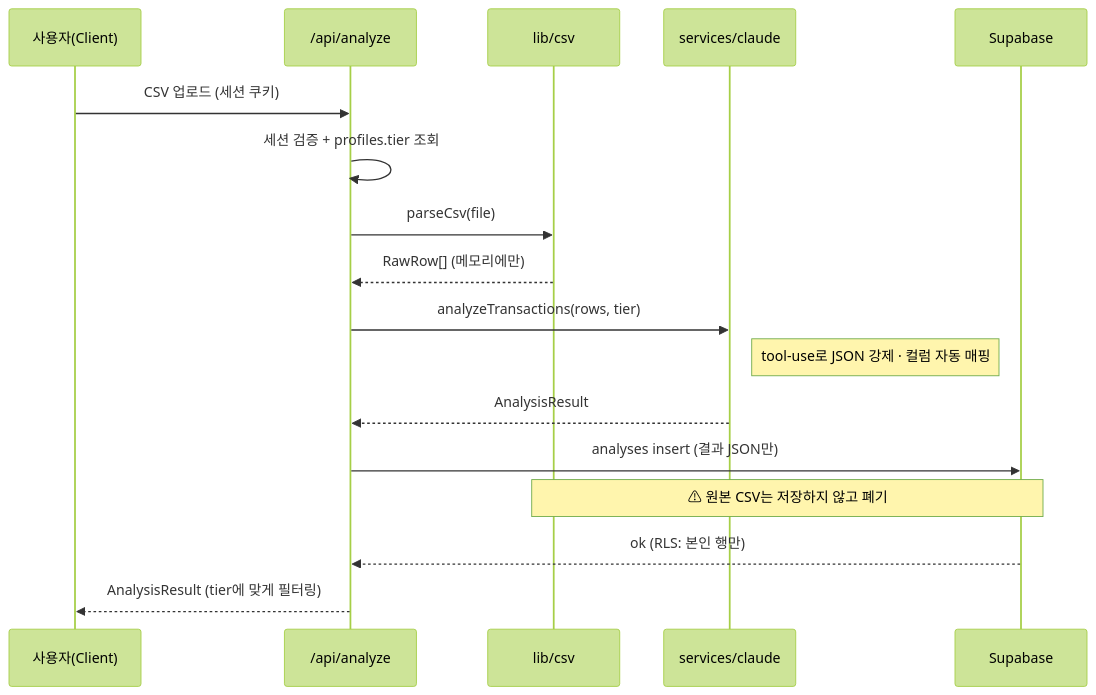
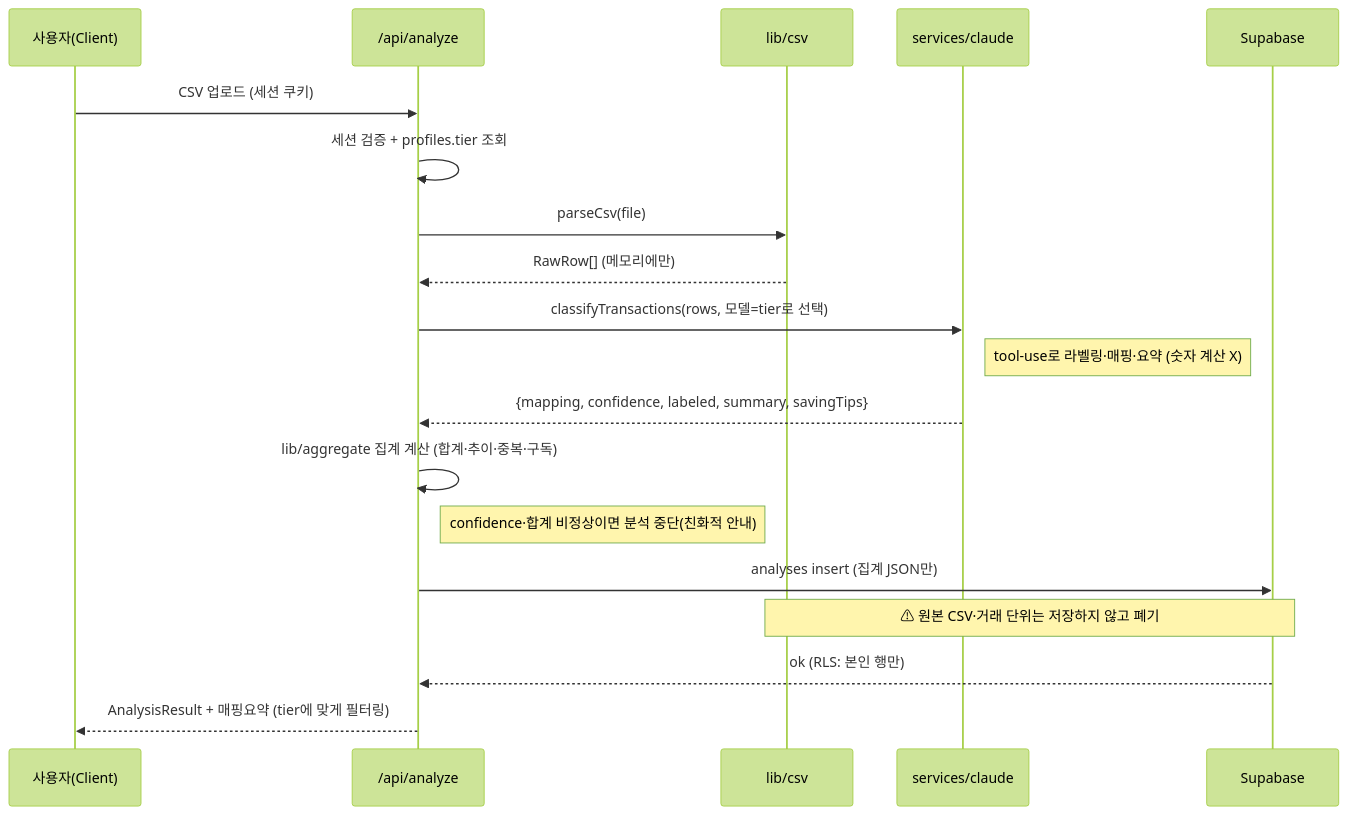
The second of 3 diagrams in docs/USER_FLOW.md (hhamja/finsight), drawn with Mermaid (forest theme) before and after one commit. The commit also changed other lines of this file and 13 other files, not shown here.

````diff
--- a/docs/USER_FLOW.md
+++ b/docs/USER_FLOW.md
@@ -38,20 +38,22 @@
 ```mermaid
 sequenceDiagram
     participant U as 사용자(Client)
     participant API as /api/analyze
     participant CSV as lib/csv
     participant CL as services/claude
     participant DB as Supabase
 
     U->>API: CSV 업로드 (세션 쿠키)
     API->>API: 세션 검증 + profiles.tier 조회
     API->>CSV: parseCsv(file)
     CSV-->>API: RawRow[] (메모리에만)
-    API->>CL: analyzeTransactions(rows, tier)
-    Note right of CL: tool-use로 JSON 강제 · 컬럼 자동 매핑
-    CL-->>API: AnalysisResult
-    API->>DB: analyses insert (결과 JSON만)
-    Note over CSV,DB: ⚠ 원본 CSV는 저장하지 않고 폐기
+    API->>CL: classifyTransactions(rows, 모델=tier로 선택)
+    Note right of CL: tool-use로 라벨링·매핑·요약 (숫자 계산 X)
+    CL-->>API: {mapping, confidence, labeled, summary, savingTips}
+    API->>API: lib/aggregate 집계 계산 (합계·추이·중복·구독)
+    Note right of API: confidence·합계 비정상이면 분석 중단(친화적 안내)
+    API->>DB: analyses insert (집계 JSON만)
+    Note over CSV,DB: ⚠ 원본 CSV·거래 단위는 저장하지 않고 폐기
     DB-->>API: ok (RLS: 본인 행만)
-    API-->>U: AnalysisResult (tier에 맞게 필터링)
+    API-->>U: AnalysisResult + 매핑요약 (tier에 맞게 필터링)
 ```
````
